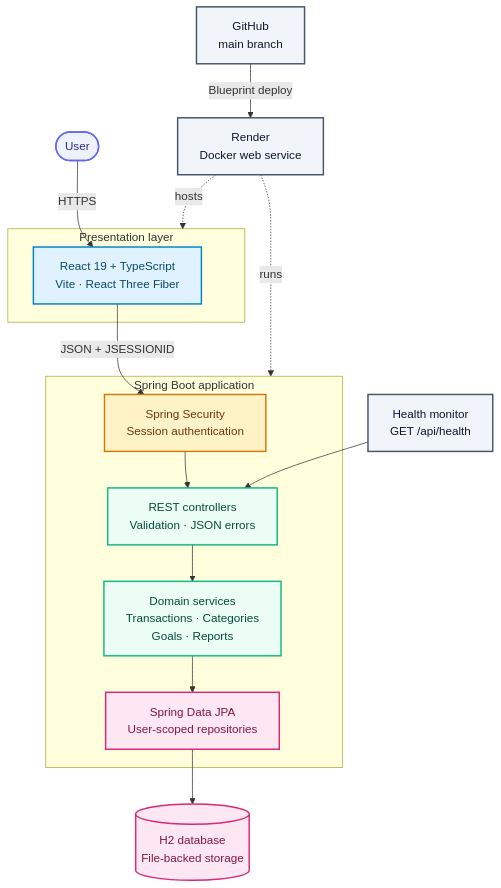
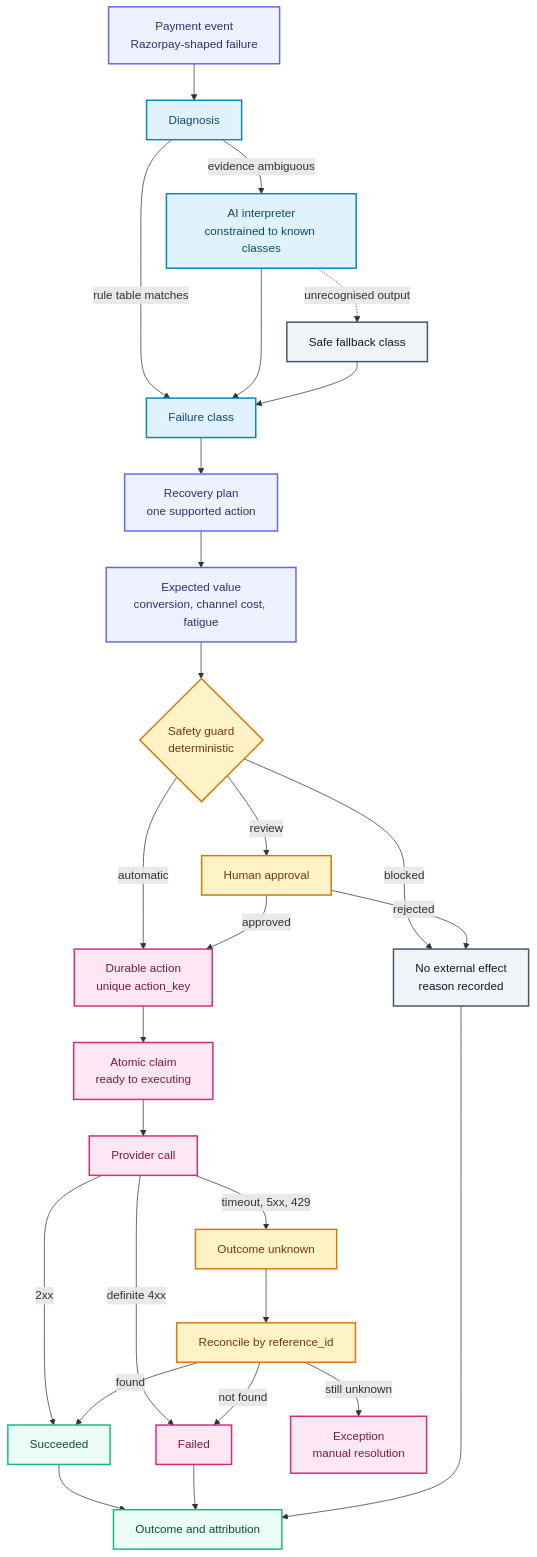
Before and after one commit to Shubhamsah27/personal-finance-manager-assignment: the diagram in README.md, drawn with Mermaid. The commit also changed other lines of this file, not shown here.

Commit message:
docs: add colored payment recovery flow

````diff
--- a/README.md
+++ b/README.md
@@ -38,39 +38,40 @@
 ```mermaid
-flowchart TB
-    classDef user fill:#EEF2FF,stroke:#6366F1,color:#312E81,stroke-width:2px
-    classDef frontend fill:#E0F2FE,stroke:#0284C7,color:#0C4A6E,stroke-width:2px
-    classDef security fill:#FEF3C7,stroke:#D97706,color:#78350F,stroke-width:2px
-    classDef service fill:#ECFDF5,stroke:#10B981,color:#064E3B,stroke-width:2px
-    classDef data fill:#FCE7F3,stroke:#DB2777,color:#831843,stroke-width:2px
-    classDef delivery fill:#F1F5F9,stroke:#475569,color:#0F172A,stroke-width:2px
+flowchart TD
+    classDef event fill:#EEF2FF,stroke:#6366F1,color:#312E81,stroke-width:2px
+    classDef diagnosis fill:#E0F2FE,stroke:#0284C7,color:#0C4A6E,stroke-width:2px
+    classDef decision fill:#FEF3C7,stroke:#D97706,color:#78350F,stroke-width:2px
+    classDef action fill:#FCE7F3,stroke:#DB2777,color:#831843,stroke-width:2px
+    classDef success fill:#ECFDF5,stroke:#10B981,color:#064E3B,stroke-width:2px
+    classDef neutral fill:#F1F5F9,stroke:#475569,color:#0F172A,stroke-width:2px
 
-    USER([User]):::user
+    A["Payment event<br/>Razorpay-shaped failure"]:::event --> B[Diagnosis]:::diagnosis
+    B -->|rule table matches| C[Failure class]:::diagnosis
+    B -->|evidence ambiguous| AI["AI interpreter<br/>constrained to known classes"]:::diagnosis
+    AI --> C
+    AI -.->|unrecognised output| F[Safe fallback class]:::neutral
+    F --> C
 
-    subgraph CLIENT["Presentation layer"]
-        UI["React 19 + TypeScript<br/>Vite · React Three Fiber"]:::frontend
-    end
+    C --> D["Recovery plan<br/>one supported action"]:::event
+    D --> E["Expected value<br/>conversion, channel cost, fatigue"]:::event
+    E --> G{"Safety guard<br/>deterministic"}:::decision
 
-    subgraph SERVER["Spring Boot application"]
-        SEC["Spring Security<br/>Session authentication"]:::security
-        API["REST controllers<br/>Validation · JSON errors"]:::service
-        DOMAIN["Domain services<br/>Transactions · Categories<br/>Goals · Reports"]:::service
-        JPA["Spring Data JPA<br/>User-scoped repositories"]:::data
-    end
+    G -->|blocked| X["No external effect<br/>reason recorded"]:::neutral
+    G -->|review| H[Human approval]:::decision
+    G -->|automatic| I
+    H -->|approved| I["Durable action<br/>unique action_key"]:::action
+    H -->|rejected| X
 
-    DB[("H2 database<br/>File-backed storage")]:::data
-    GITHUB["GitHub<br/>main branch"]:::delivery
-    RENDER["Render<br/>Docker web service"]:::delivery
-    HEALTH["Health monitor<br/>GET /api/health"]:::delivery
+    I --> J["Atomic claim<br/>ready to executing"]:::action
+    J --> K[Provider call]:::action
+    K -->|2xx| L[Succeeded]:::success
+    K -->|definite 4xx| M[Failed]:::action
+    K -->|timeout, 5xx, 429| N[Outcome unknown]:::decision
+    N --> O["Reconcile by reference_id"]:::decision
+    O -->|found| L
+    O -->|not found| M
+    O -->|still unknown| P["Exception<br/>manual resolution"]:::action
 
-    USER -->|HTTPS| UI
-    UI -->|JSON + JSESSIONID| SEC
-    SEC --> API
-    API --> DOMAIN
-    DOMAIN --> JPA
-    JPA --> DB
-
-    GITHUB -->|Blueprint deploy| RENDER
-    RENDER -. hosts .-> CLIENT
-    RENDER -. runs .-> SERVER
-    HEALTH --> API
+    L --> Q[Outcome and attribution]:::success
+    M --> Q
+    X --> Q
 ```
````
